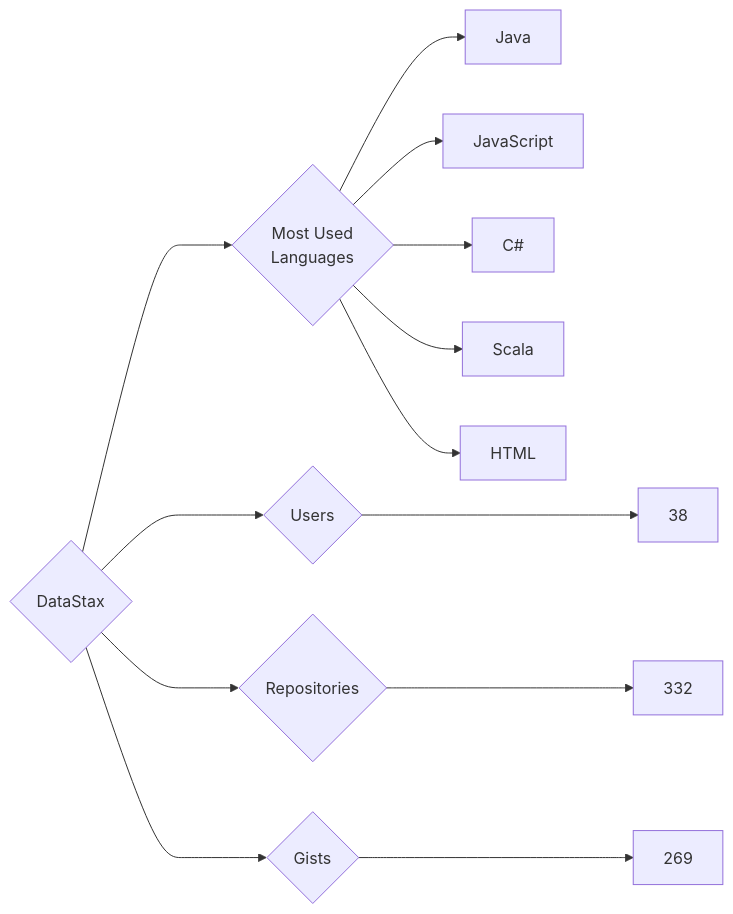
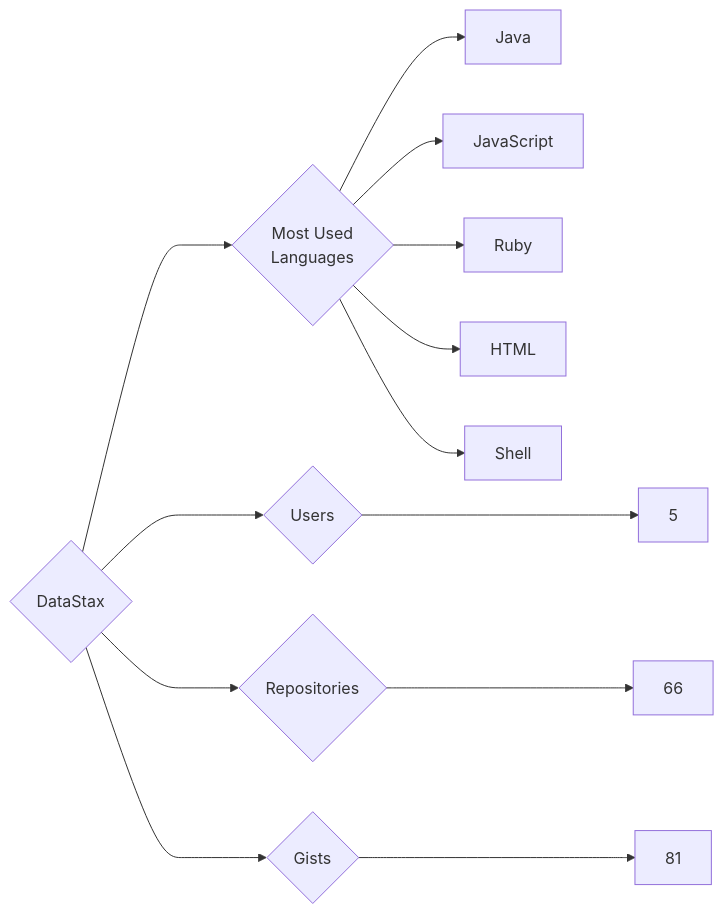
One commit to trickest/insiders changed the diagram in targets/DataStax/README.md. Above: the diagram before and after it, drawn with Mermaid. The commit also changed 772 other files, not shown here.

````diff
--- a/targets/DataStax/README.md
+++ b/targets/DataStax/README.md
@@ -3,13 +3,13 @@
 ```mermaid
 graph LR
 COMPANY_NAME{DataStax}
-COMPANY_NAME ---> U{Users} ---> UN[38]
-COMPANY_NAME ---> R{Repositories} ---> RN[332]
-COMPANY_NAME ---> G{Gists} ---> GN[269]
+COMPANY_NAME ---> U{Users} ---> UN[5]
+COMPANY_NAME ---> R{Repositories} ---> RN[66]
+COMPANY_NAME ---> G{Gists} ---> GN[81]
 COMPANY_NAME ---> ML{Most Used<br>Languages}
 ML --> Java[Java]
 ML --> JavaScript[JavaScript]
-ML --> C#[C#]
-ML --> Scala[Scala]
+ML --> Ruby[Ruby]
 ML --> HTML[HTML]
+ML --> Shell[Shell]
 ```
````
